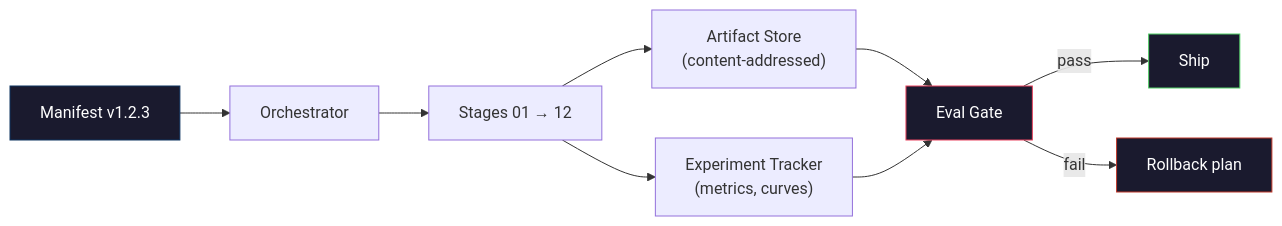
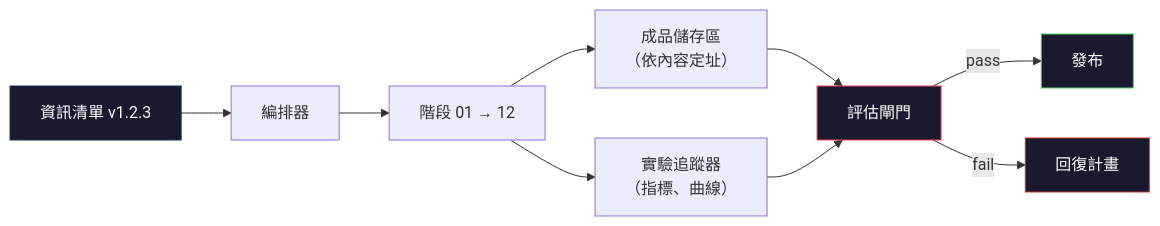
One commit to edward821220/ai-engineering-from-scratch changed the second of 2 diagrams in i18n/zh-TW/phases/10-llms-from-scratch/13-building-complete-llm-pipeline/docs/zh-TW.md. Above: the diagram before and after it, drawn with Mermaid. The commit also changed other lines of this file and 123 other files, not shown here.

````diff
--- a/i18n/zh-TW/phases/10-llms-from-scratch/13-building-complete-llm-pipeline/docs/zh-TW.md
+++ b/i18n/zh-TW/phases/10-llms-from-scratch/13-building-complete-llm-pipeline/docs/zh-TW.md
@@ -155,16 +155,16 @@
 ```mermaid
 graph LR
-    M["Manifest v1.2.3"] --> O["Orchestrator"]
-    O --> S["Stages 01 → 12"]
-    S --> AS["Artifact Store\n(content-addressed)"]
-    S --> ET["Experiment Tracker\n(metrics, curves)"]
-    AS --> GATE["Eval Gate"]
+    M["資訊清單 v1.2.3"] --> O["編排器"]
+    O --> S["階段 01 → 12"]
+    S --> AS["成品儲存區\n（依內容定址）"]
+    S --> ET["實驗追蹤器\n（指標、曲線）"]
+    AS --> GATE["評估閘門"]
     ET --> GATE
-    GATE -->|pass| SHIP["Ship"]
-    GATE -->|fail| ROLL["Rollback plan"]
+    GATE -->|pass| SHIP["發布"]
+    GATE -->|fail| ROLL["回復計畫"]
 
     style M fill:#1a1a2e,stroke:#0f3460,color:#fff
     style GATE fill:#1a1a2e,stroke:#e94560,color:#fff
     style SHIP fill:#1a1a2e,stroke:#51cf66,color:#fff
     style ROLL fill:#1a1a2e,stroke:#c0392b,color:#fff
 ```
````
